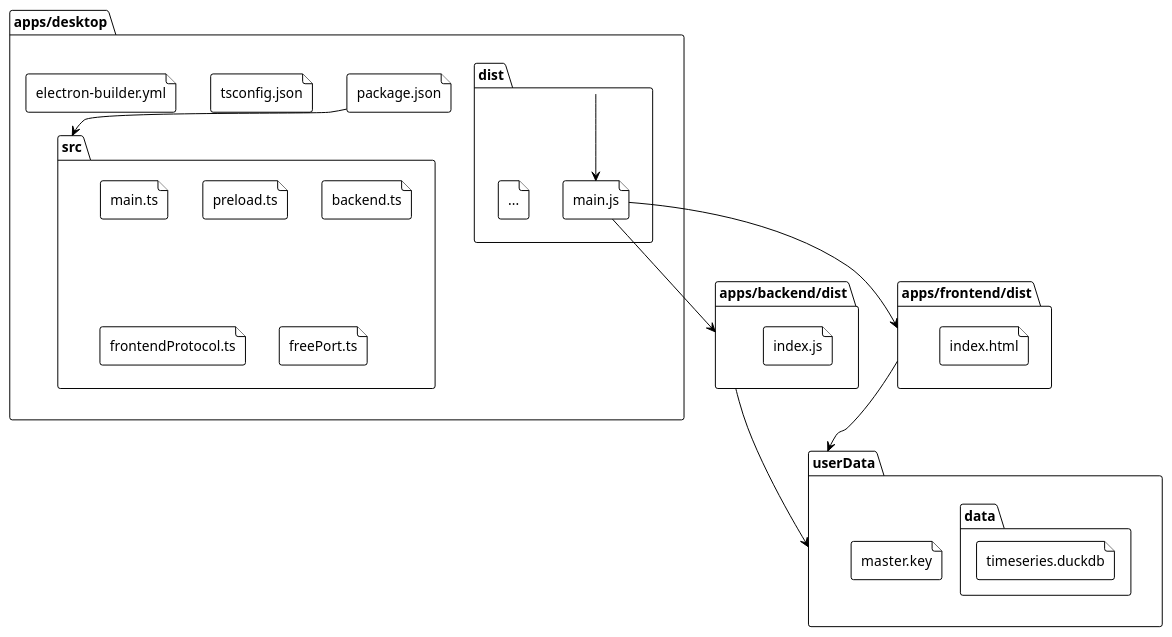
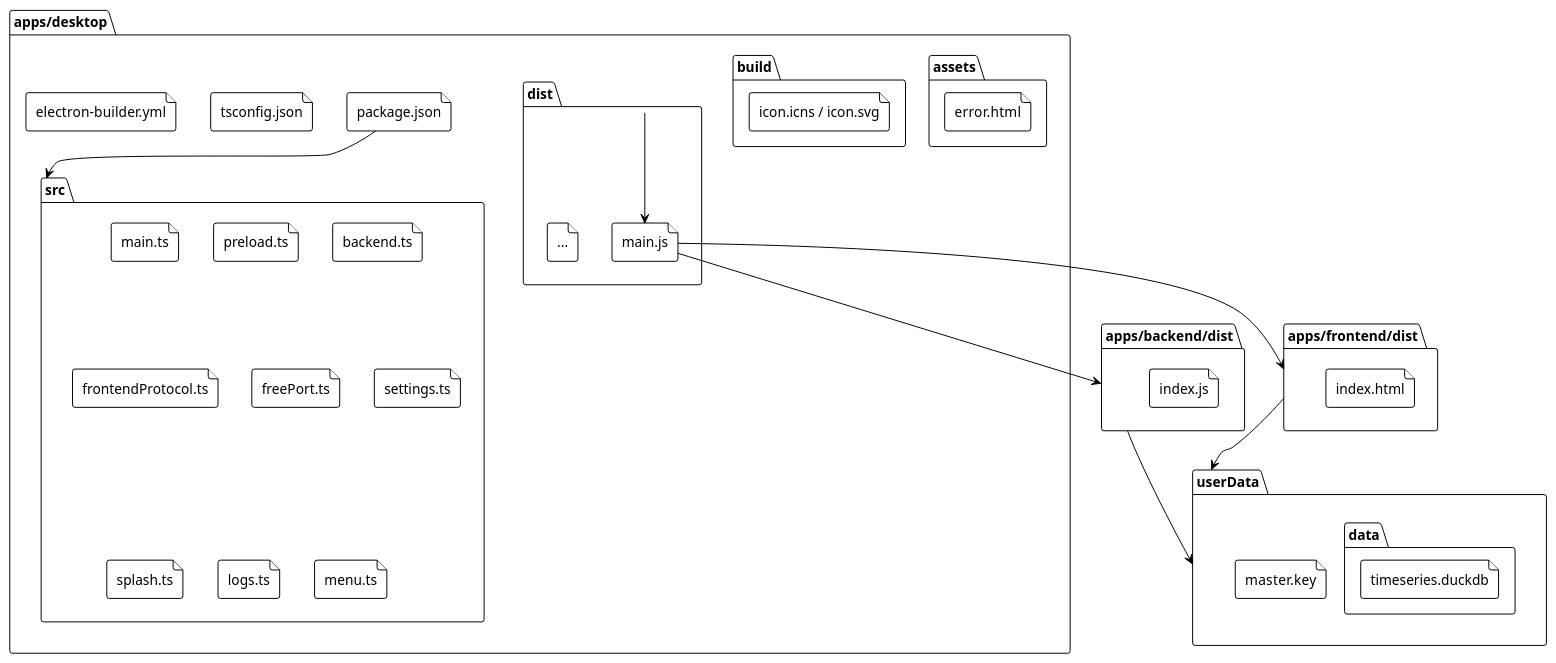
Before and after one commit to EraPartner/Watchman: the second of 2 diagrams in docs/guides/running-the-desktop-app.md, drawn with PlantUML. The commit also changed other lines of this file and 28 other files, not shown here.

````diff
--- a/docs/guides/running-the-desktop-app.md
+++ b/docs/guides/running-the-desktop-app.md
@@ -261,45 +363,55 @@
 ```plantuml
 @startuml
 !theme plain
 
 folder "apps/desktop" as Desktop {
     file "package.json" as DSK_PKG
     file "tsconfig.json" as DSK_TS
     file "electron-builder.yml" as DSK_BUILD
     folder "src" as DSK_SRC {
         file "main.ts" as MAIN
         file "preload.ts" as PRELOAD
         file "backend.ts" as BACKEND_SPAWN
         file "frontendProtocol.ts" as PROTOCOL
         file "freePort.ts" as FREEPORT
+        file "settings.ts" as SETTINGS
+        file "splash.ts" as SPLASH
+        file "logs.ts" as LOGS
+        file "menu.ts" as MENU
+    }
+    folder "assets" as DSK_ASSETS {
+        file "error.html" as ERRHTML
+    }
+    folder "build" as DSK_BUILDRES {
+        file "icon.icns / icon.svg" as ICON
     }
     folder "dist" as DSK_DIST {
         file "main.js" as MAIN_JS
         file "..." as MISC
     }
 }
 
 folder "apps/backend/dist" as BE_DIST {
     file "index.js" as BE_JS
 }
 
 folder "apps/frontend/dist" as FE_DIST {
     file "index.html" as FE_HTML
 }
 
 folder "userData" as DATA {
     file "master.key" as MASTER
     folder "data" as DATADIR {
         file "timeseries.duckdb" as DUCKDB
     }
 }
 
 DSK_PKG --> DSK_SRC
 DSK_DIST --> MAIN_JS
 MAIN_JS --> BE_DIST
 MAIN_JS --> FE_DIST
 BE_DIST --> DATA
 FE_DIST --> DATA
 
 @enduml
 ```
````
